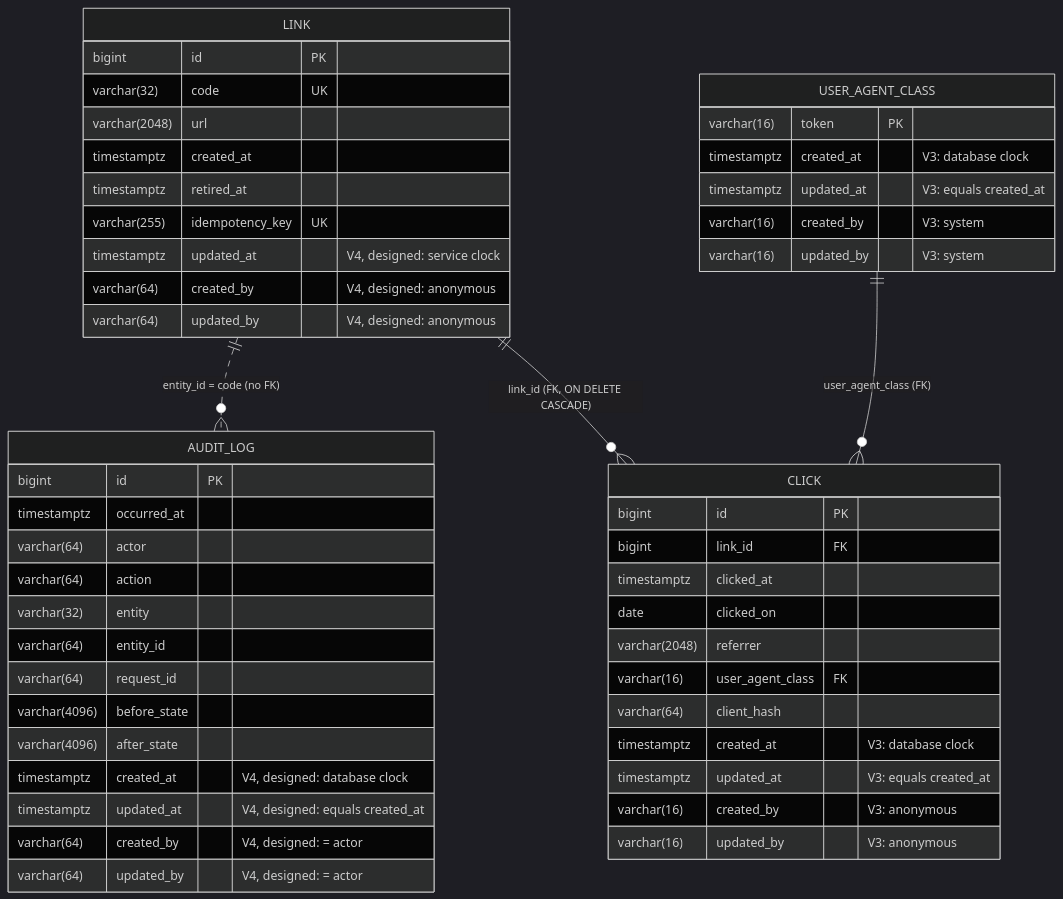
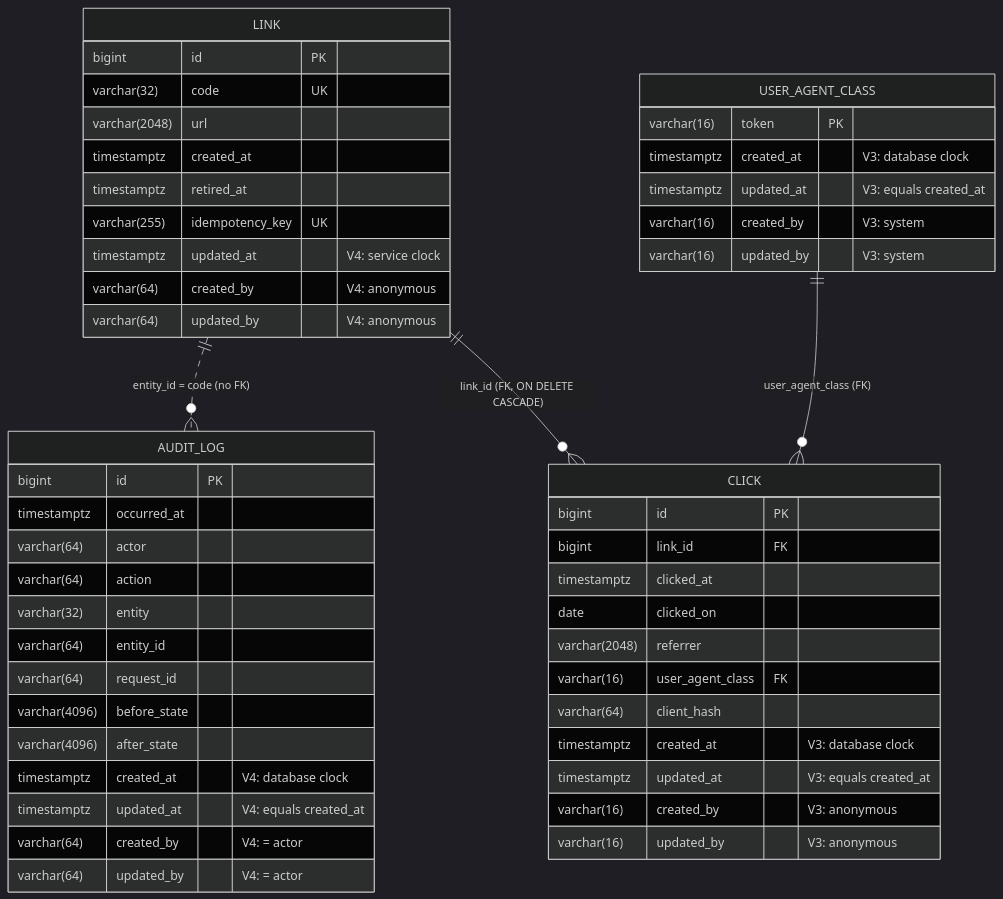
The second of 2 diagrams in docs/DESIGN.md (aurbanow1/url-shortener-agentic-sdlc), drawn with Mermaid (dark theme) before and after one commit. The commit also changed other lines of this file and 3 other files, not shown here.

````diff
--- a/docs/DESIGN.md
+++ b/docs/DESIGN.md
@@ -495,52 +495,52 @@
 ```mermaid
 erDiagram
     LINK {
         bigint id PK
         varchar(32) code UK
         varchar(2048) url
         timestamptz created_at
         timestamptz retired_at
         varchar(255) idempotency_key UK
-        timestamptz updated_at "V4, designed: service clock"
-        varchar(64) created_by "V4, designed: anonymous"
-        varchar(64) updated_by "V4, designed: anonymous"
+        timestamptz updated_at "V4: service clock"
+        varchar(64) created_by "V4: anonymous"
+        varchar(64) updated_by "V4: anonymous"
     }
     AUDIT_LOG {
         bigint id PK
         timestamptz occurred_at
         varchar(64) actor
         varchar(64) action
         varchar(32) entity
         varchar(64) entity_id
         varchar(64) request_id
         varchar(4096) before_state
         varchar(4096) after_state
-        timestamptz created_at "V4, designed: database clock"
-        timestamptz updated_at "V4, designed: equals created_at"
-        varchar(64) created_by "V4, designed: = actor"
-        varchar(64) updated_by "V4, designed: = actor"
+        timestamptz created_at "V4: database clock"
+        timestamptz updated_at "V4: equals created_at"
+        varchar(64) created_by "V4: = actor"
+        varchar(64) updated_by "V4: = actor"
     }
     CLICK {
         bigint id PK
         bigint link_id FK
         timestamptz clicked_at
         date clicked_on
         varchar(2048) referrer
         varchar(16) user_agent_class FK
         varchar(64) client_hash
         timestamptz created_at "V3: database clock"
         timestamptz updated_at "V3: equals created_at"
         varchar(16) created_by "V3: anonymous"
         varchar(16) updated_by "V3: anonymous"
     }
     USER_AGENT_CLASS {
         varchar(16) token PK
         timestamptz created_at "V3: database clock"
         timestamptz updated_at "V3: equals created_at"
         varchar(16) created_by "V3: system"
         varchar(16) updated_by "V3: system"
     }
     LINK ||..o{ AUDIT_LOG : "entity_id = code (no FK)"
     LINK ||--o{ CLICK : "link_id (FK, ON DELETE CASCADE)"
     USER_AGENT_CLASS ||--o{ CLICK : "user_agent_class (FK)"
 ```
````
